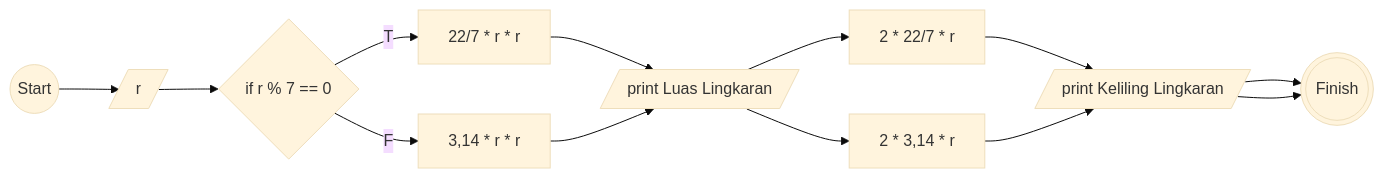
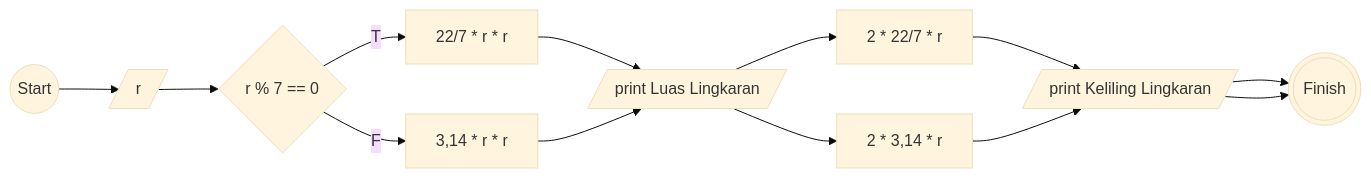
Before and after one commit to aldi-ardyansah/koda-b10-algoritma: the second of 2 diagrams in README.md, drawn with Mermaid (base theme).

````diff
--- a/README.md
+++ b/README.md
@@ -42,11 +42,11 @@
 ```mermaid
 flowchart LR
     A((Start)) --> B[/r/]
     B[/r/] --> C{r % 7 == 0}
-    C{if r % 7 == 0} --T--> D[22/7 * r * r] --> F[/print Luas Lingkaran/]
-    C{if r % 7 == 0} --F--> E[3,14 * r * r] --> F[/print Luas Lingkaran/]
+    C{r % 7 == 0} --T--> D[22/7 * r * r] --> F[/print Luas Lingkaran/]
+    C{r % 7 == 0} --F--> E[3,14 * r * r] --> F[/print Luas Lingkaran/]
     F[/print Luas Lingkaran/] --> G[2 * 22/7 * r]
     F[/print Luas Lingkaran/] --> H[2 * 3,14 * r]
     G[2 * 22/7 * r] --> I[/print Keliling Lingkaran/] --> J(((Finish)))
     H[2 * 3,14 * r] --> I[/print Keliling Lingkaran/] --> J(((Finish)))
 ```
````
